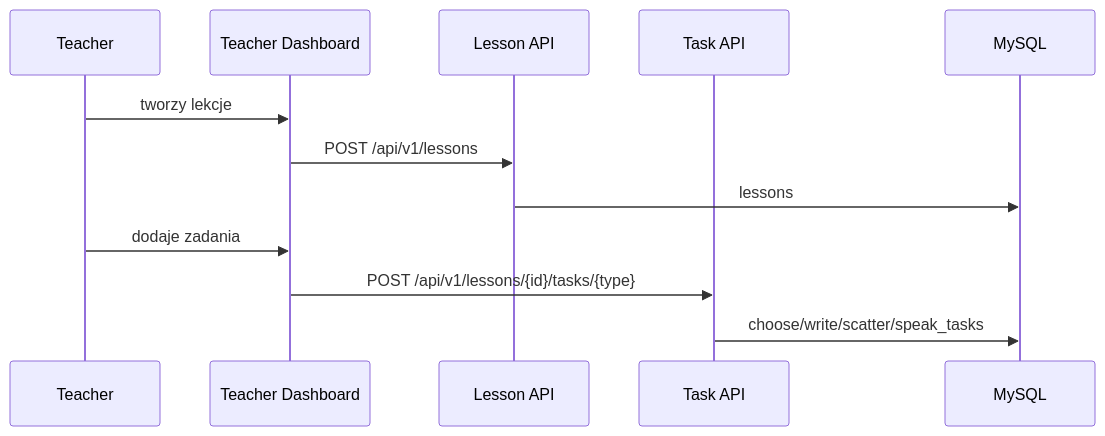
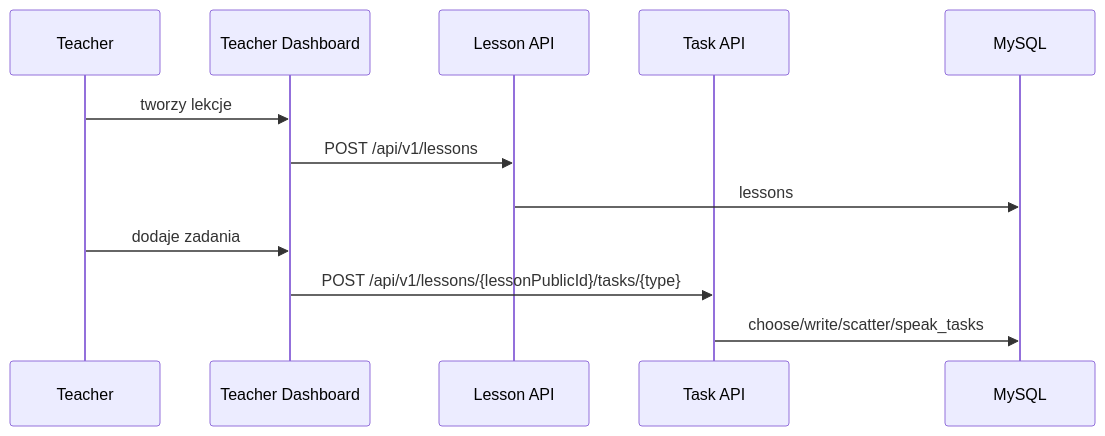
The diagram in docs/obsidian/Przeplyw - nauczyciel tworzy lekcje.md (Free-edu-org/E-Learning), drawn with Mermaid before and after one commit. The commit also changed 31 other files, not shown here.

Commit message:
Migrate `TaskSectionGroup` component and related functionality to `publicId`. Remove unused `getUserById` function from `userService`. Update APIs, tests, and documentation to reflect `publicId` changes.

````diff
--- a/docs/obsidian/Przeplyw - nauczyciel tworzy lekcje.md
+++ b/docs/obsidian/Przeplyw - nauczyciel tworzy lekcje.md
@@ -3,14 +3,14 @@
 ```mermaid
 sequenceDiagram
   participant T as Teacher
   participant F as Teacher Dashboard
   participant L as Lesson API
   participant Task as Task API
   participant DB as MySQL
   T->>F: tworzy lekcje
   F->>L: POST /api/v1/lessons
   L->>DB: lessons
   T->>F: dodaje zadania
-  F->>Task: POST /api/v1/lessons/{id}/tasks/{type}
+  F->>Task: POST /api/v1/lessons/{lessonPublicId}/tasks/{type}
   Task->>DB: choose/write/scatter/speak_tasks
 ```
````
